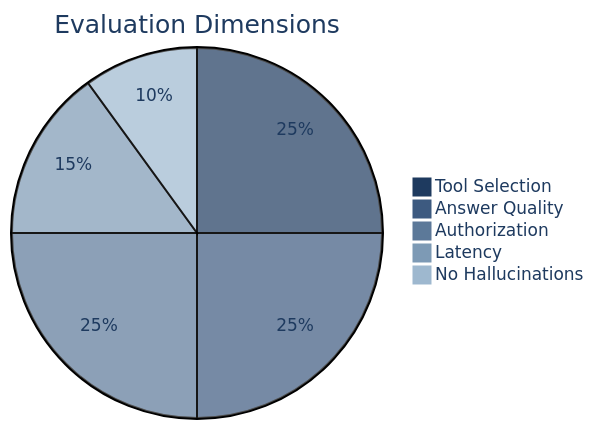
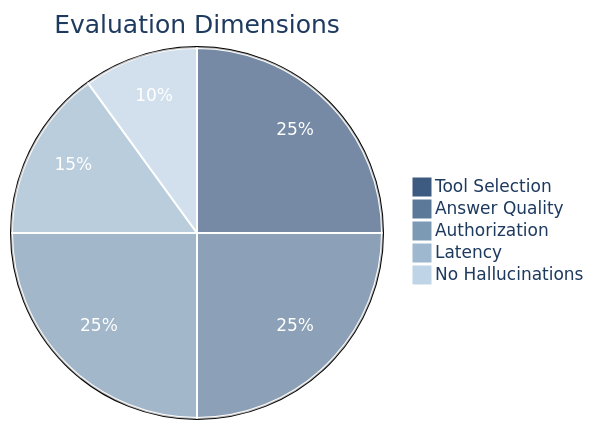
The second of 4 diagrams in EVALUATION.md (ruthvik-jeev/hr-agent), drawn with Mermaid before and after one commit. The commit also changed other lines of this file and 2 other files, not shown here.

First line of the commit message:
fix: use light backgrounds for all diagram nodes and improve contrast

````diff
--- a/EVALUATION.md
+++ b/EVALUATION.md
@@ -74,10 +74,10 @@
 ```mermaid
-%%{init: {'theme': 'base', 'themeVariables': { 'primaryColor': '#e8f4f8', 'primaryTextColor': '#1e3a5f', 'primaryBorderColor': '#1e3a5f', 'secondaryColor': '#f0f4f8', 'tertiaryColor': '#f7f9fc', 'pie1': '#1e3a5f', 'pie2': '#3d5a80', 'pie3': '#5c7999', 'pie4': '#7d9ab5', 'pie5': '#9eb8cf', 'pieTextColor': '#1e3a5f'}}}%%
+%%{init: {'theme': 'base', 'themeVariables': { 'primaryColor': '#e8f4f8', 'primaryTextColor': '#1e3a5f', 'primaryBorderColor': '#3d5a80', 'secondaryColor': '#f0f4f8', 'tertiaryColor': '#f7f9fc', 'pie1': '#3d5a80', 'pie2': '#5c7999', 'pie3': '#7d9ab5', 'pie4': '#9eb8cf', 'pie5': '#bfd4e6', 'pieTextColor': '#1e3a5f', 'pieLegendTextColor': '#1e3a5f', 'pieSectionTextColor': '#ffffff', 'pieStrokeColor': '#ffffff', 'pieTitleTextColor': '#1e3a5f'}}}%%
 
 pie title Evaluation Dimensions
     "Tool Selection" : 25
     "Answer Quality" : 25
     "Authorization" : 25
     "Latency" : 15
     "No Hallucinations" : 10
 ```
````
